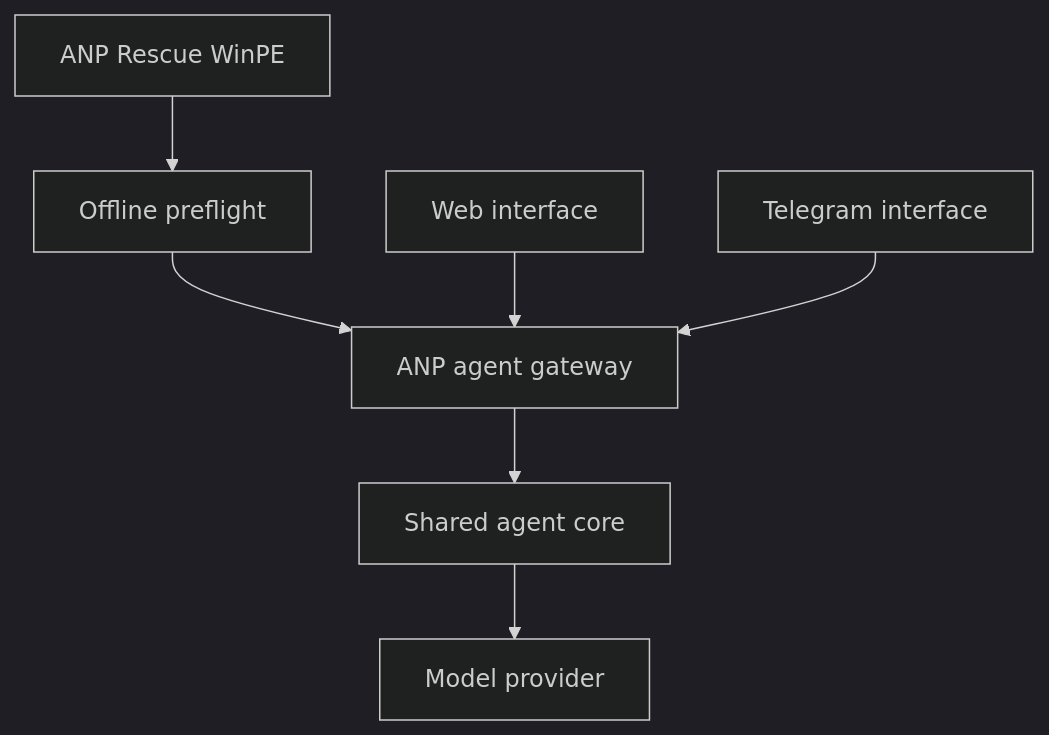
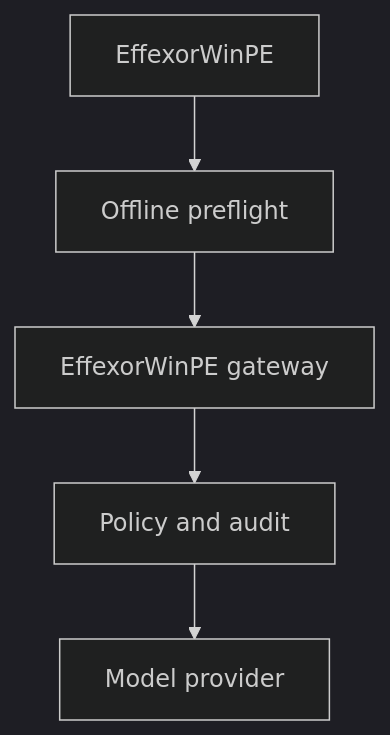
Before and after one commit to effexorxruser/EffexorWinPE: the diagram in docs/architecture.md, drawn with Mermaid (dark theme). The commit also changed other lines of this file and 25 other files, not shown here.

Commit message:
Rename product to EffexorWinPE

````diff
--- a/docs/architecture.md
+++ b/docs/architecture.md
@@ -7,9 +7,7 @@
 ```mermaid
 flowchart TD
-    PE["ANP Rescue WinPE"] --> PRE["Offline preflight"]
-    PRE --> GW["ANP agent gateway"]
-    WEB["Web interface"] --> GW
-    TG["Telegram interface"] --> GW
-    GW --> CORE["Shared agent core"]
-    CORE --> LLM["Model provider"]
+    PE["EffexorWinPE"] --> PRE["Offline preflight"]
+    PRE --> GW["EffexorWinPE gateway"]
+    GW --> POLICY["Policy and audit"]
+    POLICY --> LLM["Model provider"]
 ```
````
